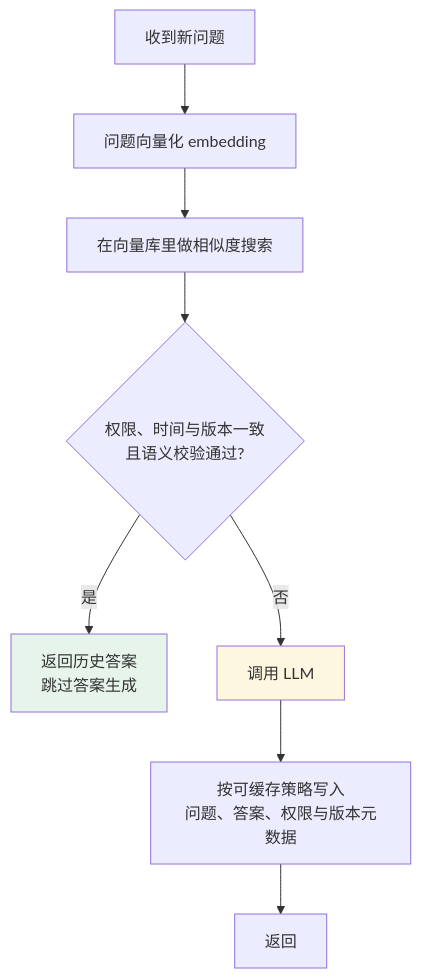
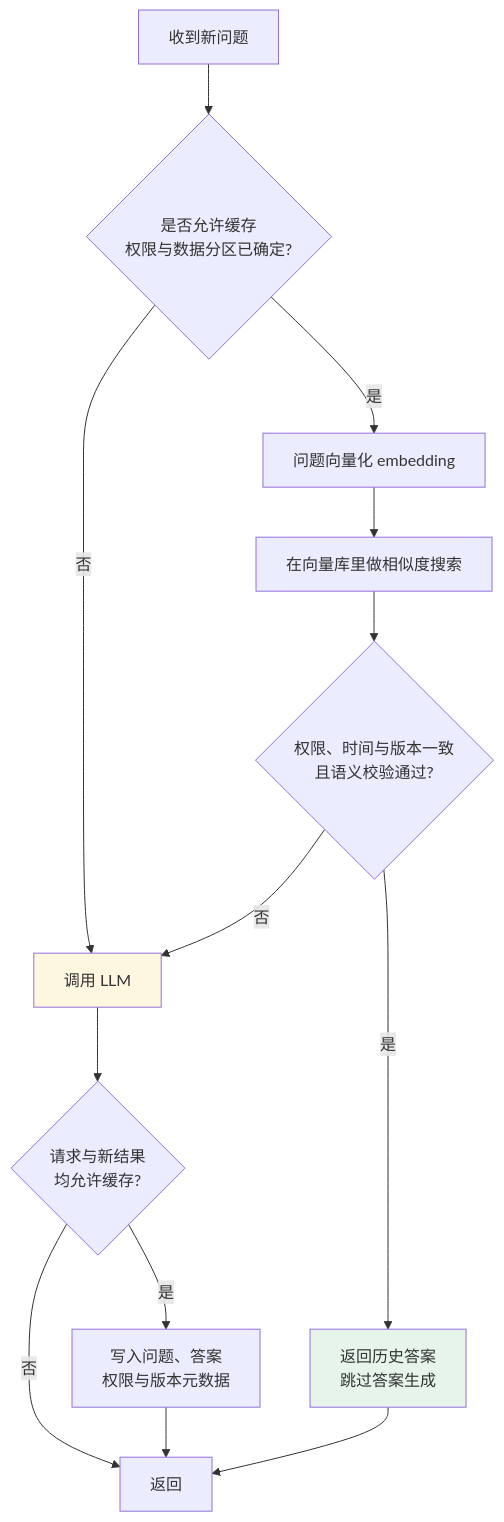
Before and after one commit to oneleaveknowsthefall/awesome-ai-roadmap: the second of 2 diagrams in docs/tools/05-transport-gateway/14-llm-gateway.md, drawn with Mermaid. The commit also changed other lines of this file and 16 other files, not shown here.

````diff
--- a/docs/tools/05-transport-gateway/14-llm-gateway.md
+++ b/docs/tools/05-transport-gateway/14-llm-gateway.md
@@ -178,13 +183,18 @@
 ```mermaid
 flowchart TB
-    Q[收到新问题] --> E[问题向量化 embedding]
+    Q[收到新问题] --> P{"是否允许缓存<br/>权限与数据分区已确定?"}
+    P -->|否| MISS[调用 LLM]
+    P -->|是| E[问题向量化 embedding]
     E --> S[在向量库里做相似度搜索]
     S --> H{"权限、时间与版本一致<br/>且语义校验通过?"}
     H -->|是| HIT["返回历史答案<br/>跳过答案生成"]
-    H -->|否| MISS[调用 LLM]
-    MISS --> W["按可缓存策略写入<br/>问题、答案、权限与版本元数据"]
+    H -->|否| MISS
+    MISS --> C{"请求与新结果<br/>均允许缓存?"}
+    C -->|是| W["写入问题、答案<br/>权限与版本元数据"]
+    C -->|否| R[返回]
     W --> R[返回]
+    HIT --> R
 
     style HIT fill:#e6f4ea
     style MISS fill:#fef7e0
 ```
````
